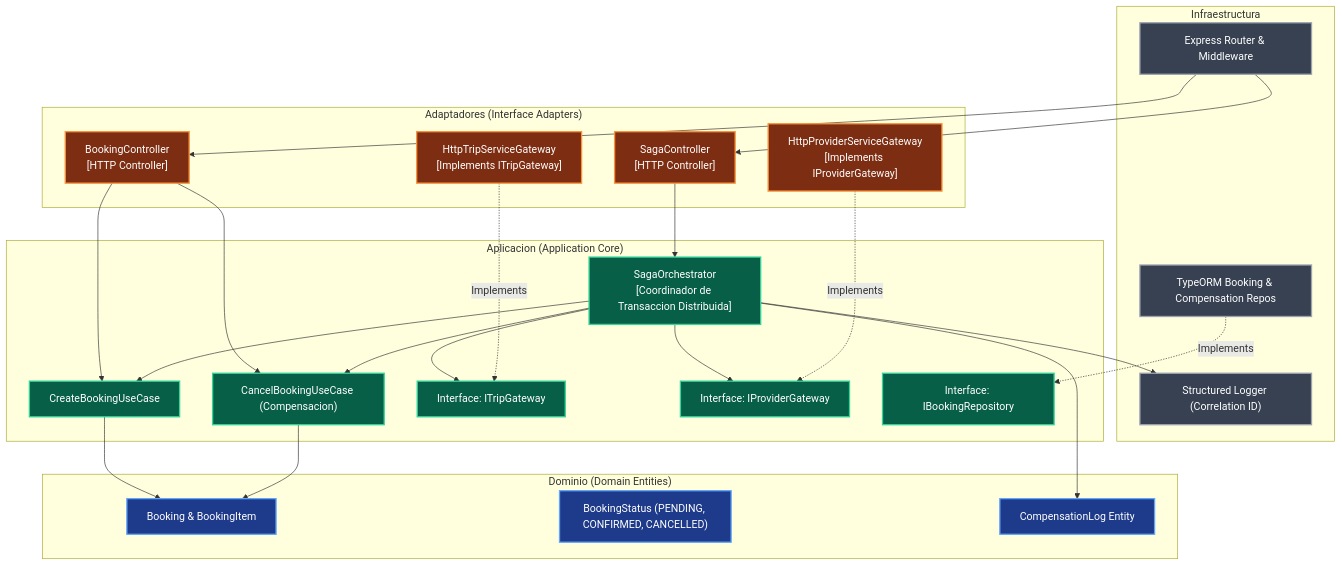
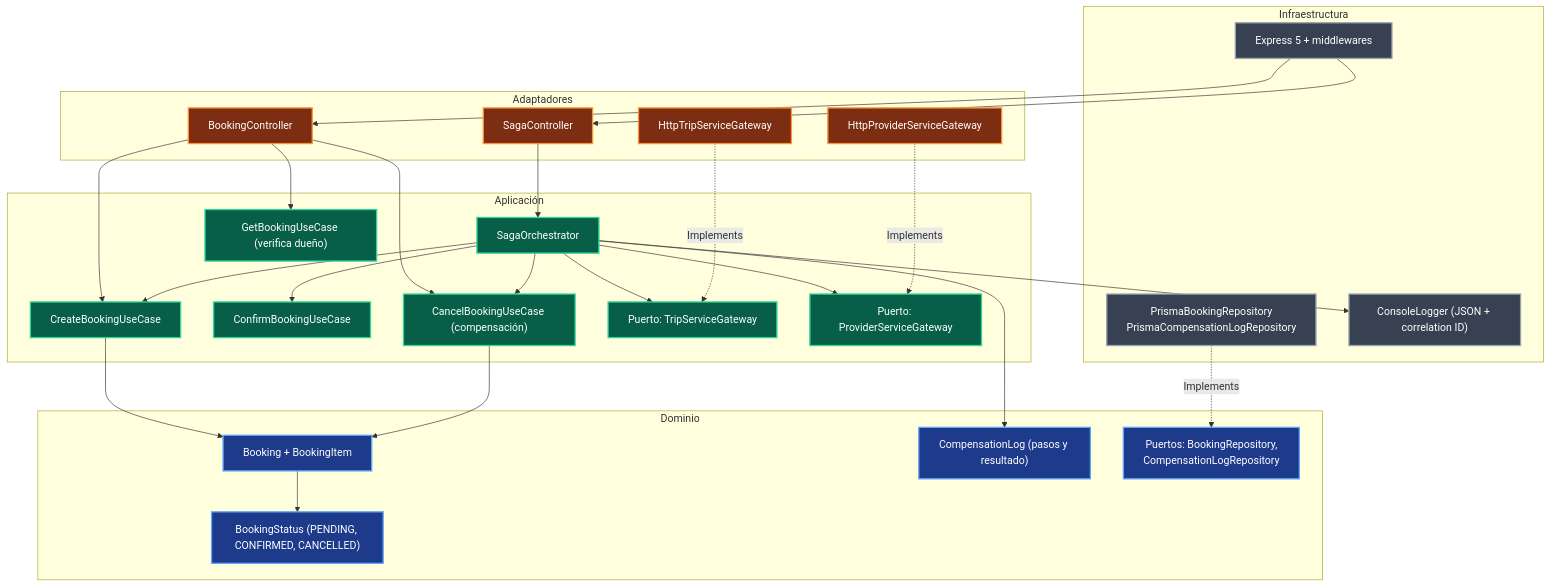
One commit to ALEXYSALCED0/Wayvo changed the third of 7 diagrams in docs/c4/c4-level3-components.md. Above: the diagram before and after it, drawn with Mermaid. The commit also changed other lines of this file and 4 other files, not shown here.

````diff
--- a/docs/c4/c4-level3-components.md
+++ b/docs/c4/c4-level3-components.md
@@ -34,59 +122,61 @@
 ```mermaid
 flowchart TD
     classDef domain fill:#1e3a8a,stroke:#60a5fa,stroke-width:2px,color:#ffffff;
     classDef app fill:#065f46,stroke:#34d399,stroke-width:2px,color:#ffffff;
     classDef adapter fill:#7c2d12,stroke:#fb923c,stroke-width:2px,color:#ffffff;
     classDef infra fill:#374151,stroke:#9ca3af,stroke-width:2px,color:#ffffff;
 
     subgraph InfraLayer["Infraestructura"]
-        ExpressServer["Express Router & Middleware"]:::infra
-        TypeORMRepo["TypeORM Booking & Compensation Repos"]:::infra
-        StructuredLogger["Structured Logger (Correlation ID)"]:::infra
+        ExpressServer["Express 5 + middlewares"]:::infra
+        PrismaRepos["PrismaBookingRepository<br/>PrismaCompensationLogRepository"]:::infra
+        Logger["ConsoleLogger (JSON + correlation ID)"]:::infra
     end
 
-    subgraph AdapterLayer["Adaptadores (Interface Adapters)"]
-        SagaController["SagaController<br/>[HTTP Controller]"]:::adapter
-        BookingController["BookingController<br/>[HTTP Controller]"]:::adapter
-        HttpTripGateway["HttpTripServiceGateway<br/>[Implements ITripGateway]"]:::adapter
-        HttpProviderGateway["HttpProviderServiceGateway<br/>[Implements IProviderGateway]"]:::adapter
+    subgraph AdapterLayer["Adaptadores"]
+        SagaController["SagaController"]:::adapter
+        BookingController["BookingController"]:::adapter
+        HttpTripGateway["HttpTripServiceGateway"]:::adapter
+        HttpProviderGateway["HttpProviderServiceGateway"]:::adapter
     end
 
-    subgraph AppLayer["Aplicacion (Application Core)"]
-        SagaOrchestrator["SagaOrchestrator<br/>[Coordinador de Transaccion Distribuida]"]:::app
+    subgraph AppLayer["Aplicación"]
+        SagaOrchestrator["SagaOrchestrator"]:::app
         CreateBookingUC["CreateBookingUseCase"]:::app
-        CancelBookingUC["CancelBookingUseCase (Compensacion)"]:::app
-        
-        %% Puertos
-        ITripPort["Interface: ITripGateway"]:::app
-        IProvPort["Interface: IProviderGateway"]:::app
-        IBookingRepo["Interface: IBookingRepository"]:::app
+        ConfirmBookingUC["ConfirmBookingUseCase"]:::app
+        CancelBookingUC["CancelBookingUseCase (compensación)"]:::app
+        GetBookingUC["GetBookingUseCase (verifica dueño)"]:::app
+        ITripPort["Puerto: TripServiceGateway"]:::app
+        IProvPort["Puerto: ProviderServiceGateway"]:::app
     end
 
-    subgraph DomainLayer["Dominio (Domain Entities)"]
-        BookingEntity["Booking & BookingItem"]:::domain
+    subgraph DomainLayer["Dominio"]
+        BookingEntity["Booking + BookingItem"]:::domain
         BookingStatusEnum["BookingStatus (PENDING, CONFIRMED, CANCELLED)"]:::domain
-        CompensationLog["CompensationLog Entity"]:::domain
+        CompensationLog["CompensationLog (pasos y resultado)"]:::domain
+        RepoPorts["Puertos: BookingRepository,<br/>CompensationLogRepository"]:::domain
     end
 
-    %% Relaciones
     ExpressServer --> SagaController
     ExpressServer --> BookingController
 
     SagaController --> SagaOrchestrator
     BookingController --> CreateBookingUC
     BookingController --> CancelBookingUC
+    BookingController --> GetBookingUC
 
     SagaOrchestrator --> CreateBookingUC
+    SagaOrchestrator --> ConfirmBookingUC
     SagaOrchestrator --> CancelBookingUC
     SagaOrchestrator --> ITripPort
     SagaOrchestrator --> IProvPort
-    SagaOrchestrator --> StructuredLogger
+    SagaOrchestrator --> CompensationLog
+    SagaOrchestrator --> Logger
 
     HttpTripGateway -.->|Implements| ITripPort
     HttpProviderGateway -.->|Implements| IProvPort
-    TypeORMRepo -.->|Implements| IBookingRepo
+    PrismaRepos -.->|Implements| RepoPorts
 
     CreateBookingUC --> BookingEntity
     CancelBookingUC --> BookingEntity
-    SagaOrchestrator --> CompensationLog
+    BookingEntity --> BookingStatusEnum
 ```
````
